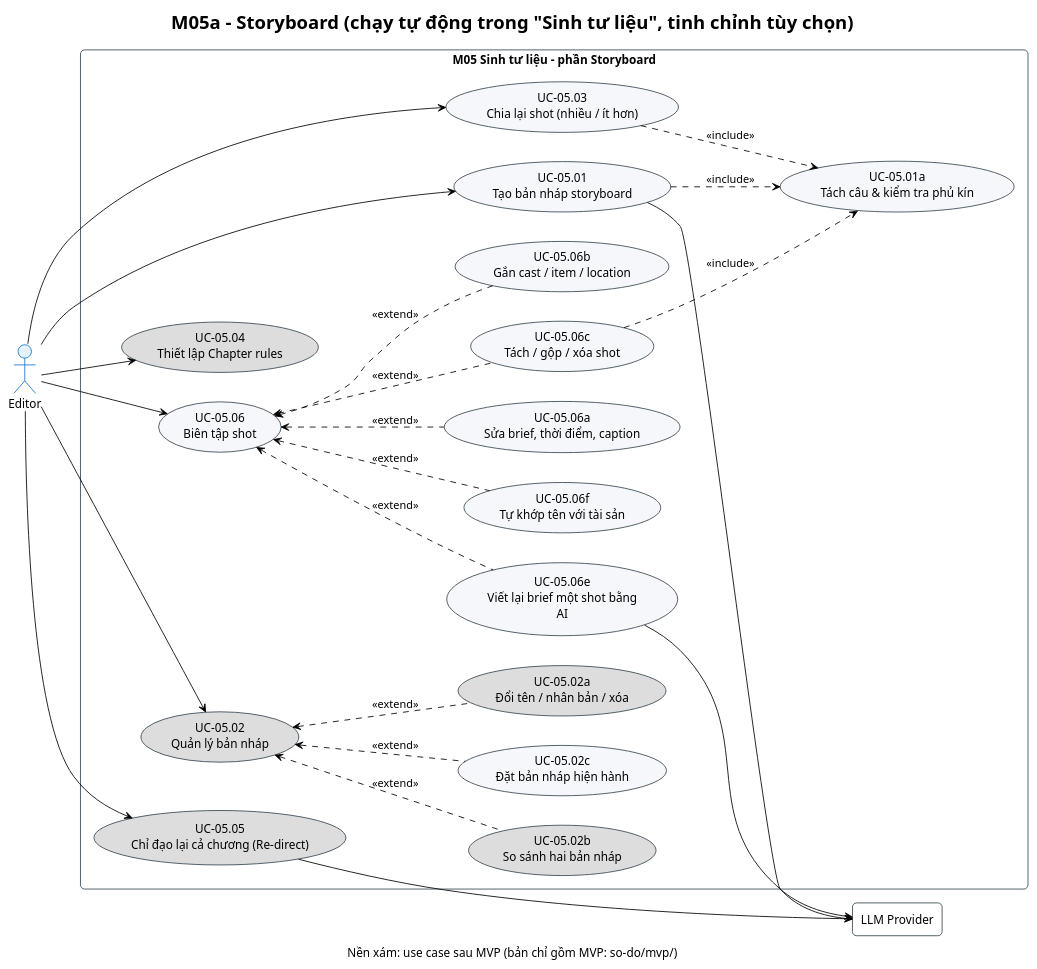
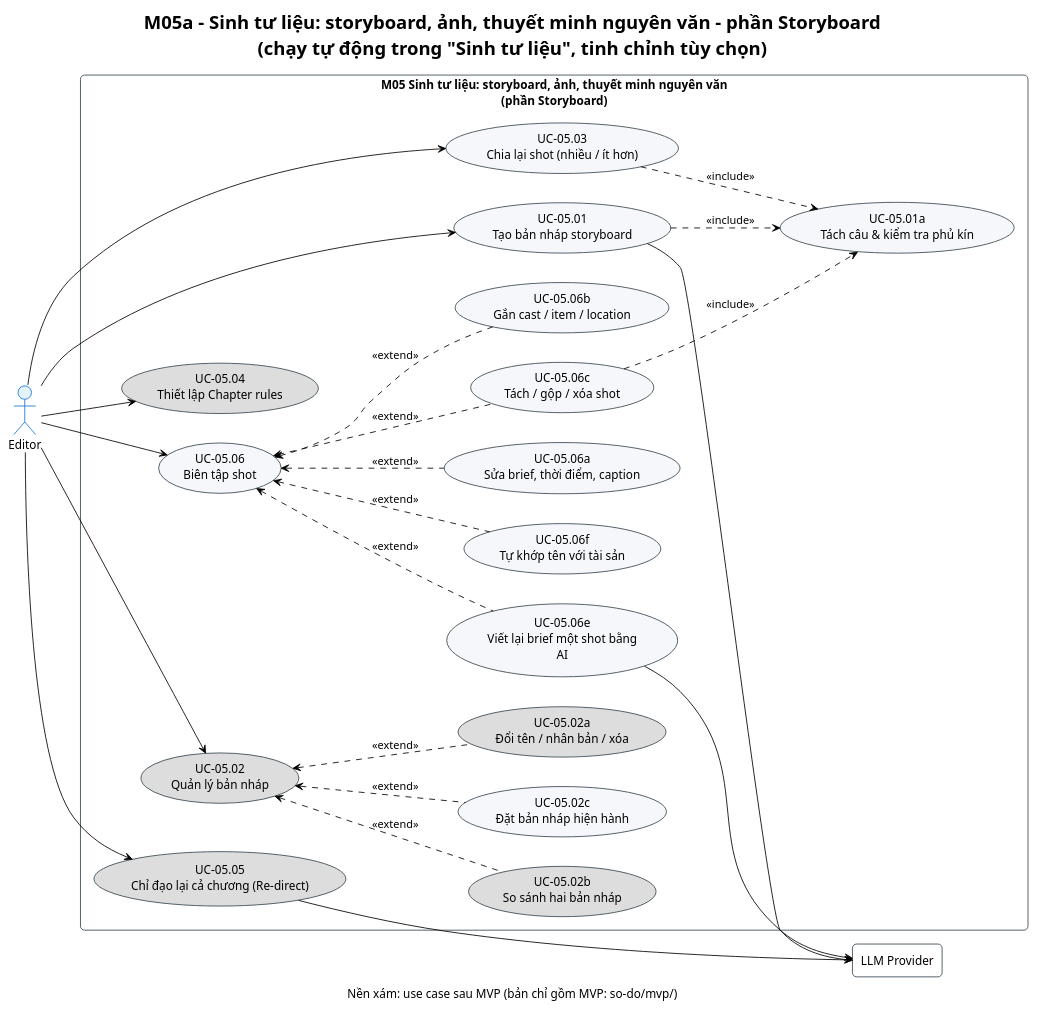
The diagram in demo-c2story/so-do/01-use-case/phan-ra/uc-m05a-storyboard.puml (202416852-anhpv/story2video-docs), drawn with PlantUML before and after one commit. The commit also changed 55 other files, not shown here.

```diff
--- a/demo-c2story/so-do/01-use-case/phan-ra/uc-m05a-storyboard.puml
+++ b/demo-c2story/so-do/01-use-case/phan-ra/uc-m05a-storyboard.puml
@@ -1,61 +1,61 @@
 @startuml UC_M05a_Storyboard
 !theme plain
 skinparam defaultFontName "Segoe UI"
 skinparam roundCorner 10
 skinparam actor {
     BackgroundColor #E3F2FD
     BorderColor #1976D2
 }
 skinparam usecase {
     BackgroundColor #F5F7FA
     BorderColor #37474F
 }
 skinparam rectangle {
     BorderColor #37474F
 }
 left to right direction
-title M05a - Storyboard (chạy tự động trong "Sinh tư liệu", tinh chỉnh tùy chọn)
+title M05a - Sinh tư liệu: storyboard, ảnh, thuyết minh nguyên văn - phần Storyboard\n(chạy tự động trong "Sinh tư liệu", tinh chỉnh tùy chọn)
 
 actor "Editor" as Editor
 
-rectangle "M05 Sinh tư liệu - phần Storyboard" {
+rectangle "M05 Sinh tư liệu: storyboard, ảnh, thuyết minh nguyên văn\n(phần Storyboard)" {
     usecase "UC-05.01\nTạo bản nháp storyboard" as UC1
     usecase "UC-05.01a\nTách câu & kiểm tra phủ kín" as UC1a
     usecase "UC-05.02\nQuản lý bản nháp" as UC2 #DDDDDD
     usecase "UC-05.02a\nĐổi tên / nhân bản / xóa" as UC2a #DDDDDD
     usecase "UC-05.02b\nSo sánh hai bản nháp" as UC2b #DDDDDD
     usecase "UC-05.02c\nĐặt bản nháp hiện hành" as UC2c
     usecase "UC-05.03\nChia lại shot (nhiều / ít hơn)" as UC3
     usecase "UC-05.04\nThiết lập Chapter rules" as UC4 #DDDDDD
     usecase "UC-05.05\nChỉ đạo lại cả chương (Re-direct)" as UC5 #DDDDDD
     usecase "UC-05.06\nBiên tập shot" as UC6
     usecase "UC-05.06a\nSửa brief, thời điểm, caption" as UC6a
     usecase "UC-05.06b\nGắn cast / item / location" as UC6b
     usecase "UC-05.06c\nTách / gộp / xóa shot" as UC6c
     usecase "UC-05.06e\nViết lại brief một shot bằng\nAI" as UC6e
     usecase "UC-05.06f\nTự khớp tên với tài sản" as UC6f
 }
 rectangle "LLM Provider" as LLM
 
 Editor --> UC1
 Editor --> UC3
 Editor --> UC2
 Editor --> UC4
 Editor --> UC5
 Editor --> UC6
 UC1 ..> UC1a : <<include>>
 UC3 ..> UC1a : <<include>>
 UC6c ..> UC1a : <<include>>
 UC2 <.. UC2a : <<extend>>
 UC2 <.. UC2b : <<extend>>
 UC2 <.. UC2c : <<extend>>
 UC6 <.. UC6a : <<extend>>
 UC6 <.. UC6b : <<extend>>
 UC6 <.. UC6c : <<extend>>
 UC6 <.. UC6e : <<extend>>
 UC6 <.. UC6f : <<extend>>
 UC1 --> LLM
 UC5 --> LLM
 UC6e --> LLM
 caption Nền xám: use case sau MVP (bản chỉ gồm MVP: so-do/mvp/)
 @enduml
```
